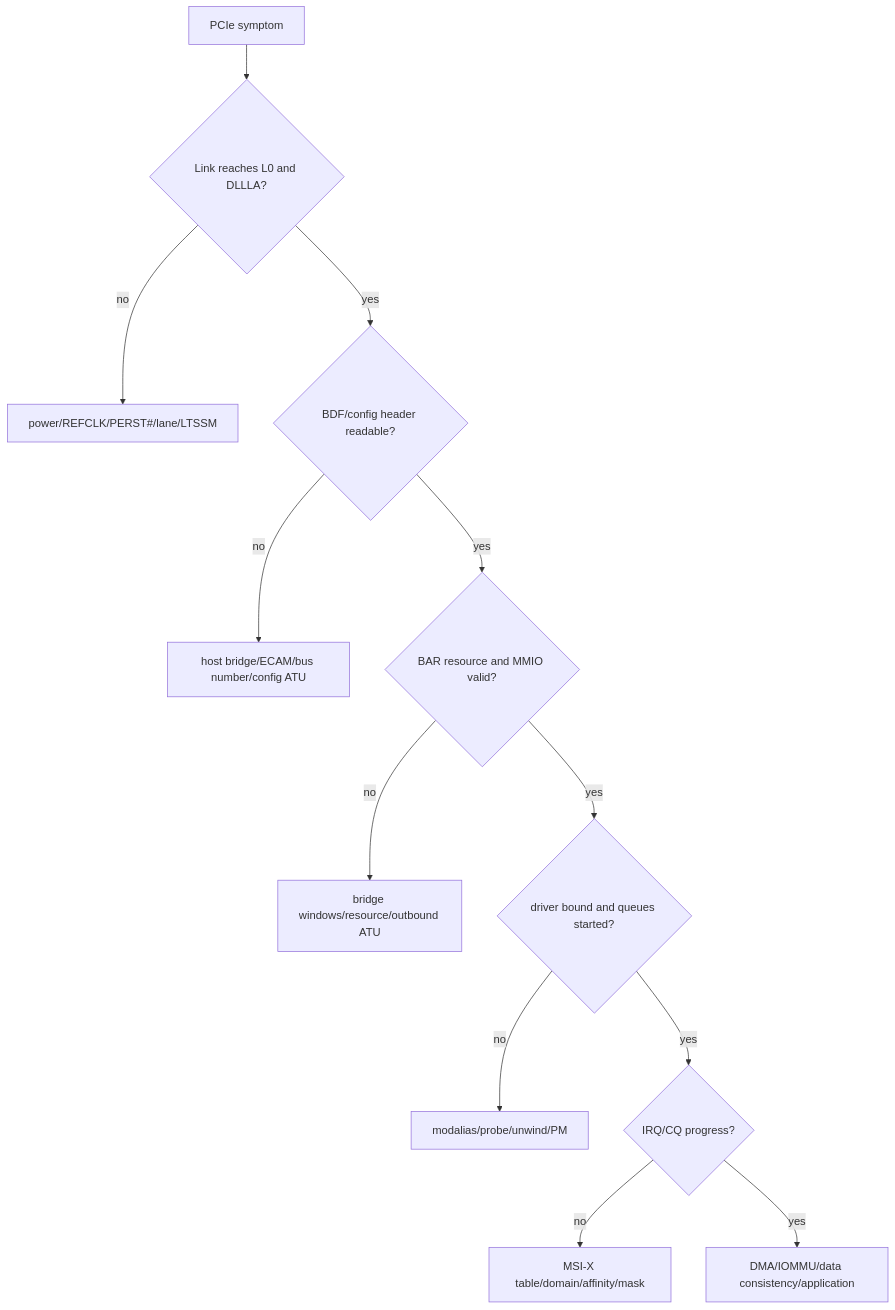
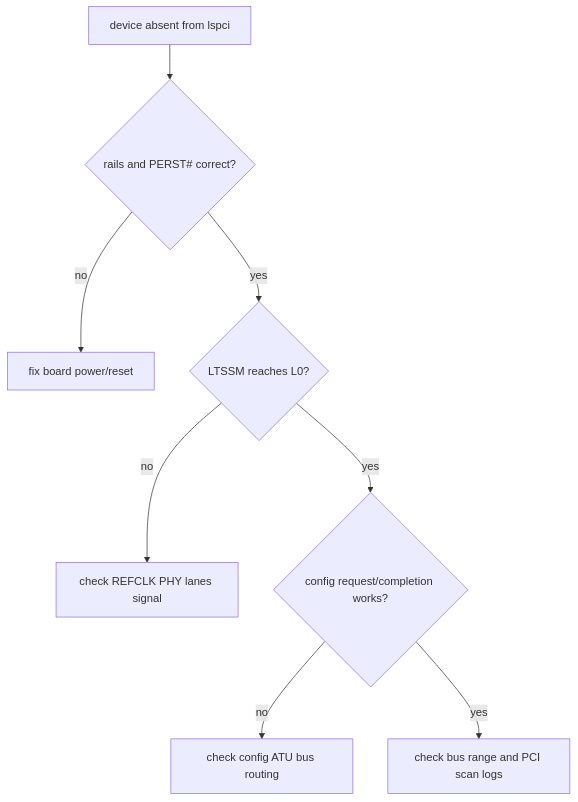
Before and after one commit to cdragon-ljl/EEandEdgeAI: the second of 3 diagrams in docs/articles/pcie/pci-18-system-debug-lspci-aer-iommu.md, drawn with Mermaid. The commit also changed other lines of this file and 4 other files, not shown here.

````diff
--- a/docs/articles/pcie/pci-18-system-debug-lspci-aer-iommu.md
+++ b/docs/articles/pcie/pci-18-system-debug-lspci-aer-iommu.md
@@ -138,14 +61,10 @@
 ```mermaid
 flowchart TD
-    S[PCIe symptom] --> L{Link reaches L0 and DLLLA?}
-    L -- no --> PHY[power/REFCLK/PERST#/lane/LTSSM]
-    L -- yes --> C{BDF/config header readable?}
-    C -- no --> CFG[host bridge/ECAM/bus number/config ATU]
-    C -- yes --> B{BAR resource and MMIO valid?}
-    B -- no --> RES[bridge windows/resource/outbound ATU]
-    B -- yes --> D{driver bound and queues started?}
-    D -- no --> DRV[modalias/probe/unwind/PM]
-    D -- yes --> I{IRQ/CQ progress?}
-    I -- no --> IRQ[MSI-X table/domain/affinity/mask]
-    I -- yes --> DMA[DMA/IOMMU/data consistency/application]
+    MISS[device absent from lspci] --> POWER{rails and PERST# correct?}
+    POWER -- no --> FIXP[fix board power/reset]
+    POWER -- yes --> L0{LTSSM reaches L0?}
+    L0 -- no --> PHY[check REFCLK PHY lanes signal]
+    L0 -- yes --> CFG{config request/completion works?}
+    CFG -- no --> ATU[check config ATU bus routing]
+    CFG -- yes --> SCAN[check bus range and PCI scan logs]
 ```
````
